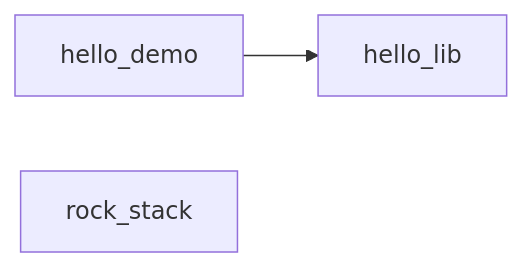
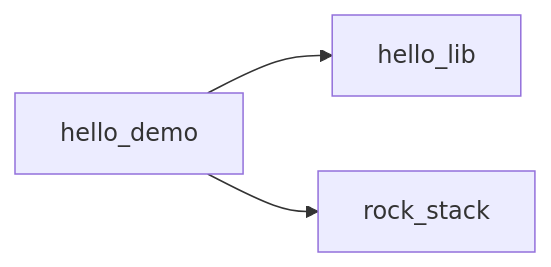
The diagram in test_projects/README.md (shelltdf/up), drawn with Mermaid before and after one commit. The commit also changed other lines of this file and 3 other files, not shown here.

````diff
--- a/test_projects/README.md
+++ b/test_projects/README.md
@@ -19,7 +19,8 @@
 ```mermaid
 flowchart LR
   hello_lib["hello_lib"]
   hello_demo["hello_demo"]
   rock_stack["rock_stack"]
   hello_demo --> hello_lib
+  hello_demo --> rock_stack
 ```
````
